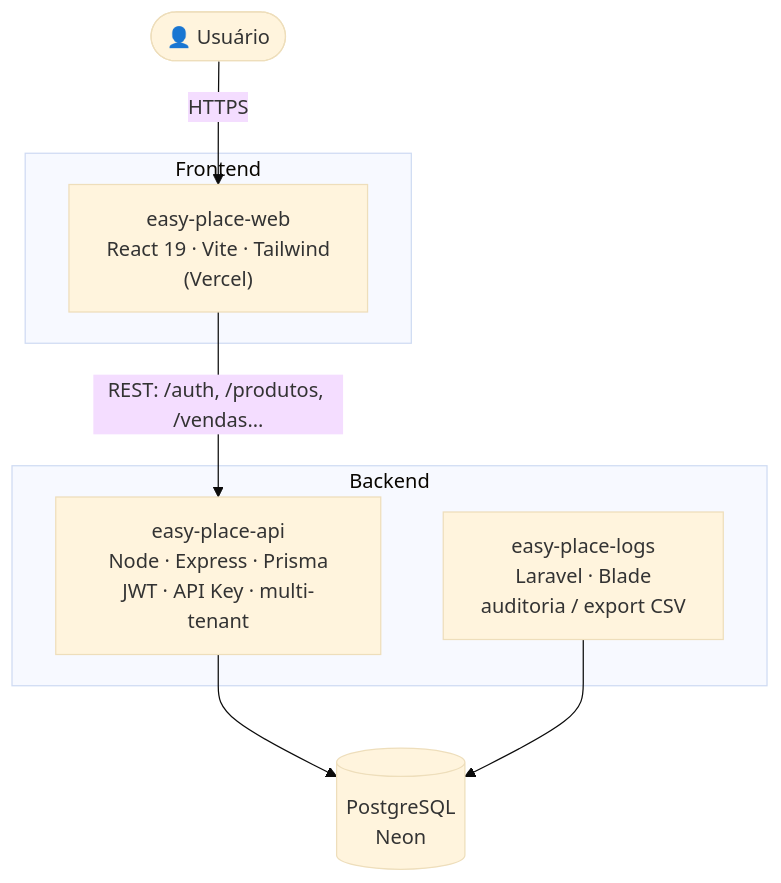
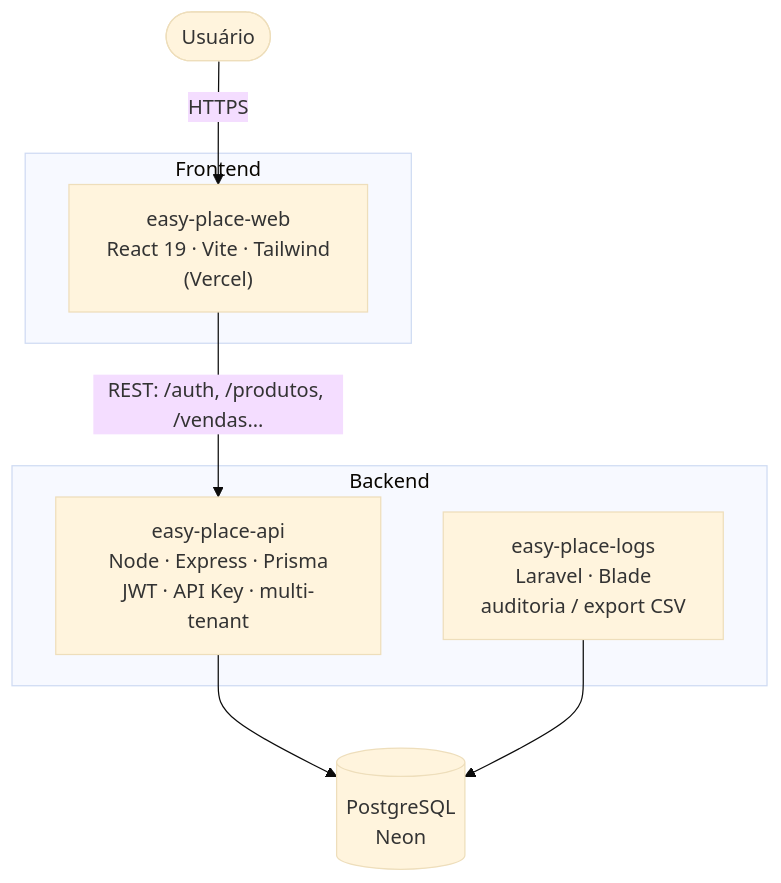
Before and after one commit to antonio0ca/showcase-projeto-easyplace: the diagram in README.md, drawn with Mermaid (base theme). The commit also changed other lines of this file, not shown here.

````diff
--- a/README.md
+++ b/README.md
@@ -75,20 +75,20 @@
 ```mermaid
 flowchart TB
-    U([👤 Usuário])
+    U([Usuário])
 
     subgraph FE[Frontend]
         WEB["easy-place-web<br/>React 19 · Vite · Tailwind<br/>(Vercel)"]
     end
 
     subgraph BE[Backend]
         API["easy-place-api<br/>Node · Express · Prisma<br/>JWT · API Key · multi-tenant"]
         LOGS["easy-place-logs<br/>Laravel · Blade<br/>auditoria / export CSV"]
     end
 
     DB[("PostgreSQL<br/>Neon")]
 
     U -->|HTTPS| WEB
     WEB -->|REST: /auth, /produtos, /vendas...| API
     API --> DB
     LOGS --> DB
 ```
````
